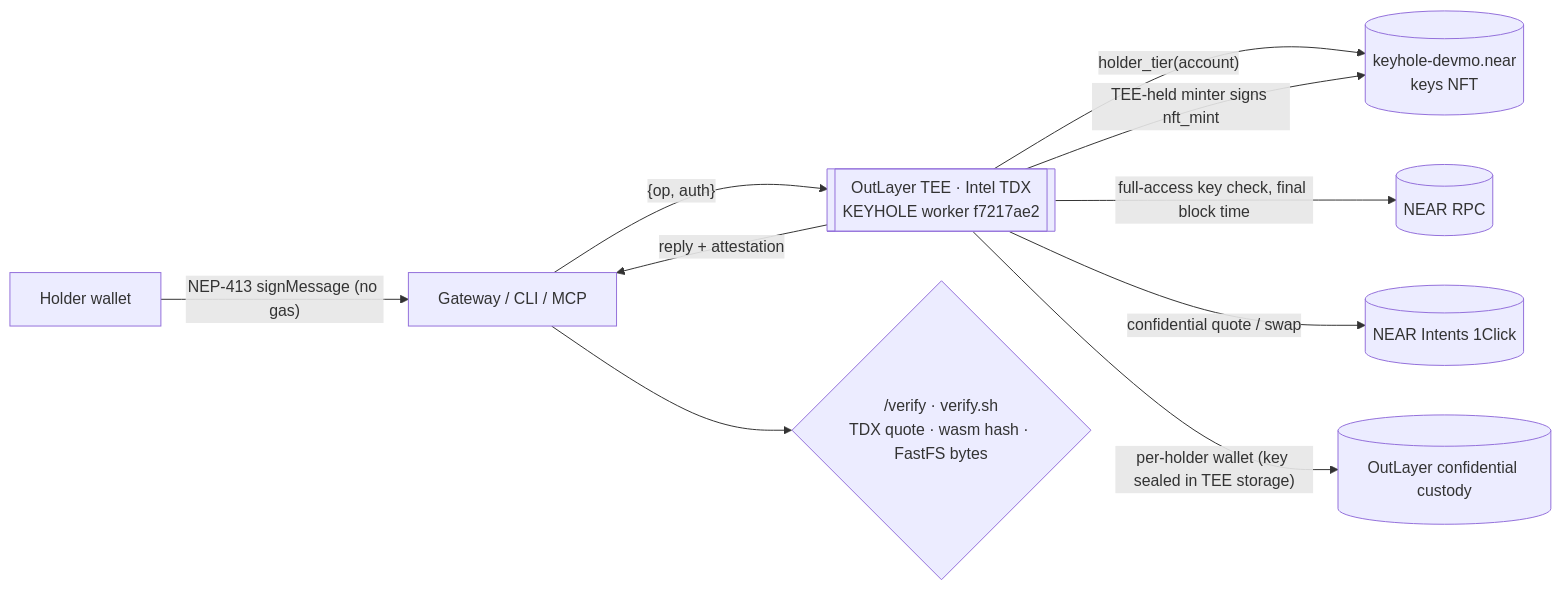
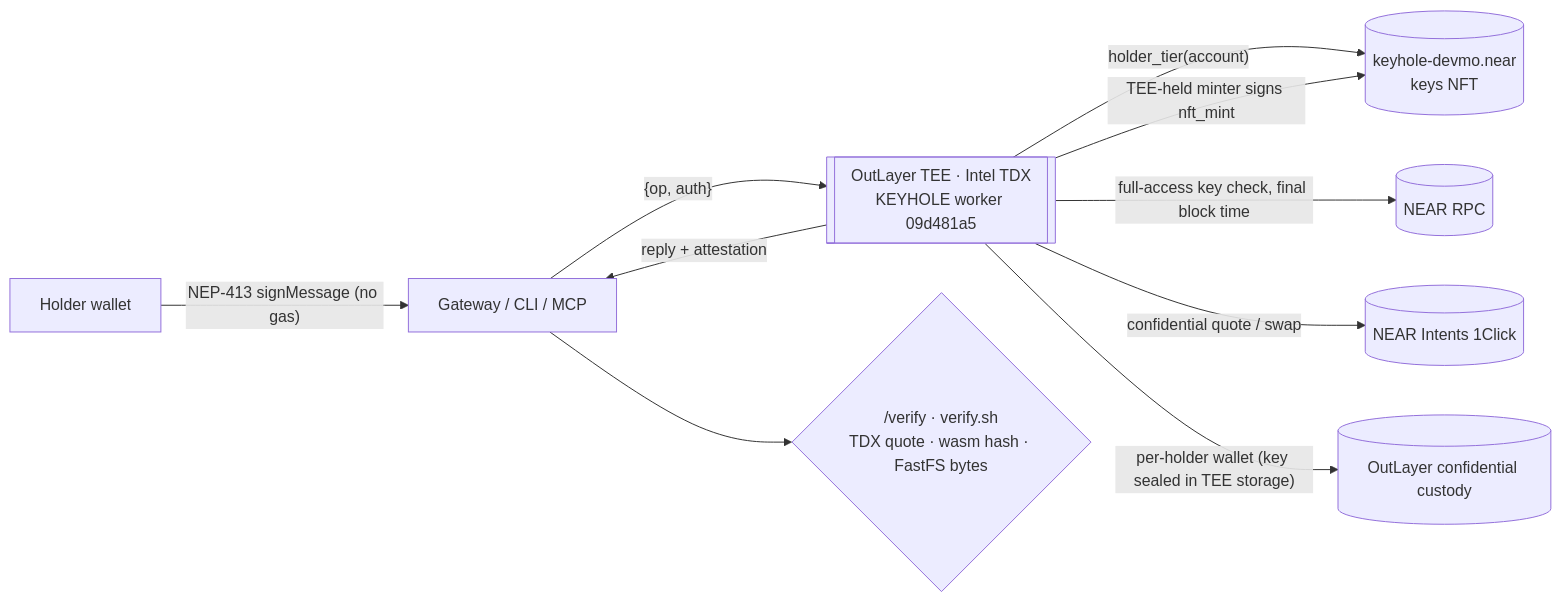
The first of 2 diagrams in README.md (mohamedwael201193/keyhole), drawn with Mermaid before and after one commit. The commit also changed other lines of this file and 17 other files, not shown here.

````diff
--- a/README.md
+++ b/README.md
@@ -178,12 +178,12 @@
 ```mermaid
 flowchart LR
   H[Holder wallet] -- "NEP-413 signMessage (no gas)" --> G[Gateway / CLI / MCP]
-  G -- "{op, auth}" --> T[[OutLayer TEE · Intel TDX<br/>KEYHOLE worker f7217ae2]]
+  G -- "{op, auth}" --> T[[OutLayer TEE · Intel TDX<br/>KEYHOLE worker 09d481a5]]
   T -- "holder_tier(account)" --> C[(keyhole-devmo.near<br/>keys NFT)]
   T -- "full-access key check, final block time" --> N[(NEAR RPC)]
   T -- "confidential quote / swap" --> I[(NEAR Intents 1Click)]
   T -- "per-holder wallet (key sealed in TEE storage)" --> W[(OutLayer confidential custody)]
   T -- "TEE-held minter signs nft_mint" --> C
   T -- "reply + attestation" --> G
   G --> V{"/verify · verify.sh<br/>TDX quote · wasm hash · FastFS bytes"}
 ```
````
